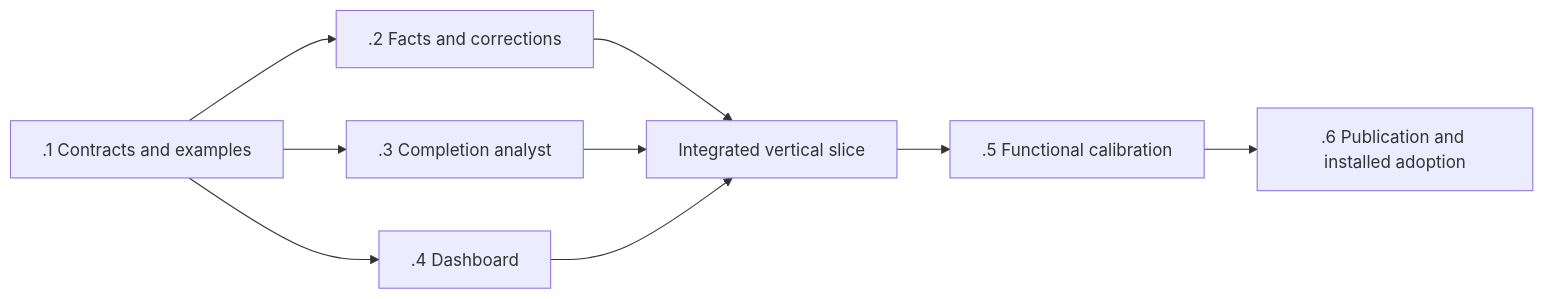
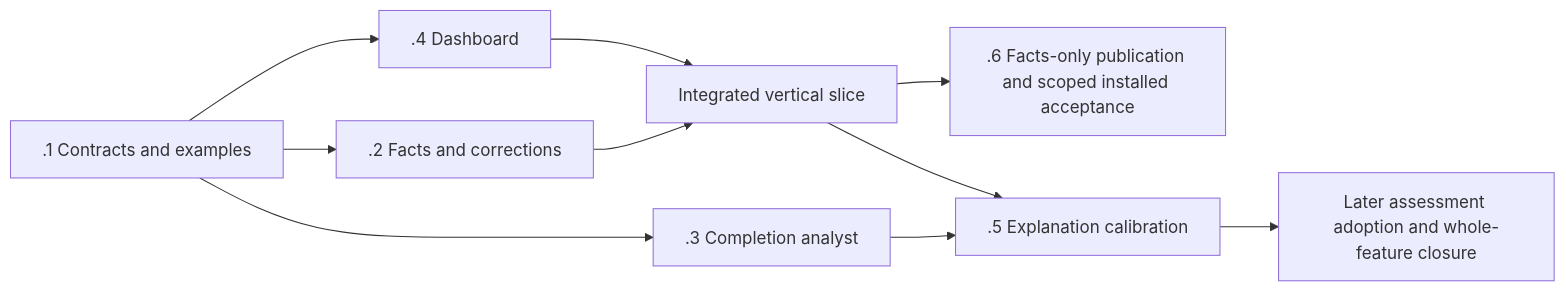
One commit to FS-GG/.github changed the diagram in docs/roadmaps/process-efficiency-telemetry.md. Above: the diagram before and after it, drawn with Mermaid. The commit also changed other lines of this file and 2 other files, not shown here.

Commit message:
docs: prioritize facts-first telemetry and scoped operational acceptance

````diff
--- a/docs/roadmaps/process-efficiency-telemetry.md
+++ b/docs/roadmaps/process-efficiency-telemetry.md
@@ -402,11 +437,12 @@
 ```mermaid
 flowchart LR
     A[.1 Contracts and examples] --> B[.2 Facts and corrections]
     A --> C[.3 Completion analyst]
     A --> D[.4 Dashboard]
     B --> E[Integrated vertical slice]
-    C --> E
     D --> E
-    E --> F[.5 Functional calibration]
-    F --> G[.6 Publication and installed adoption]
+    E --> G[.6 Facts-only publication and scoped installed acceptance]
+    C --> F[.5 Explanation calibration]
+    E --> F
+    F --> H[Later assessment adoption and whole-feature closure]
 ```
````
